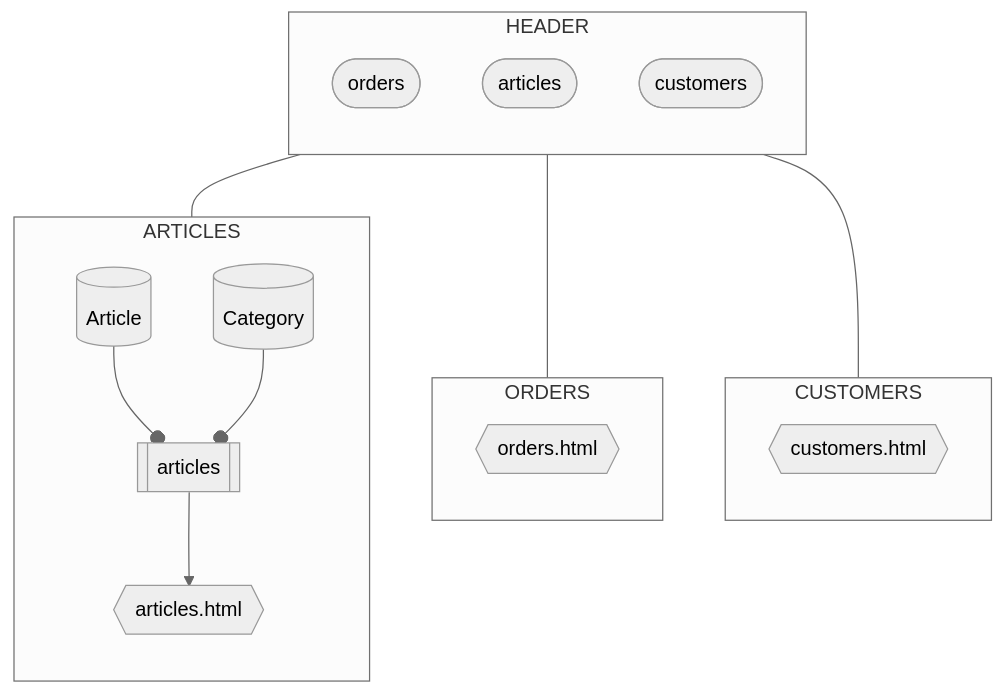
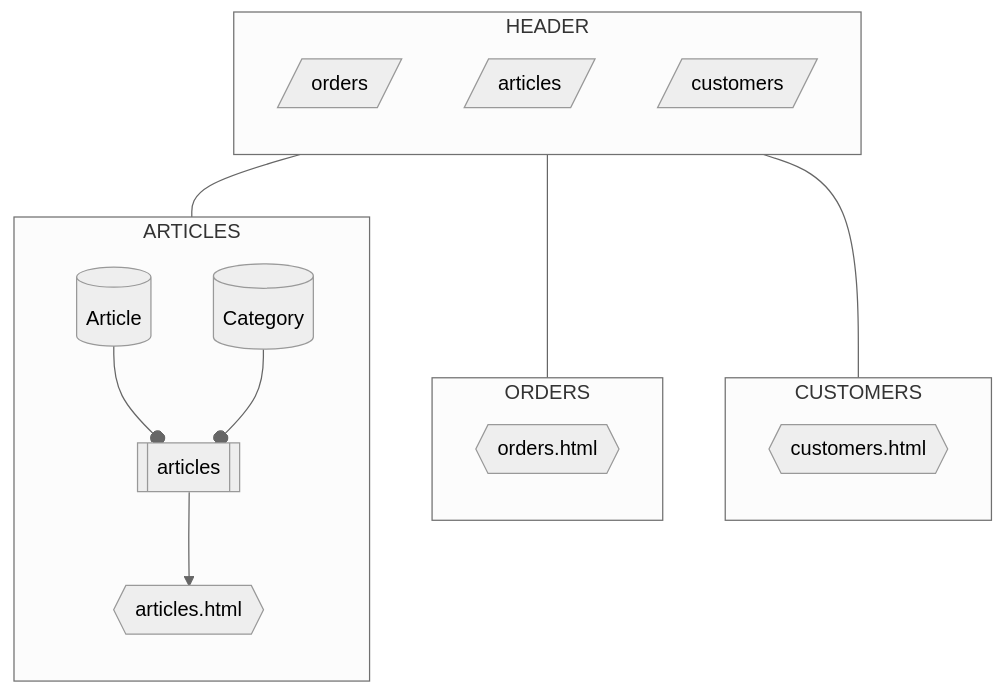
One commit to DarthKenar/ElCanarioRegionales changed the diagram in DOCUMENTATION/Diagrams/Header_diagram.mmd. Above: the diagram before and after it, drawn with Mermaid (neutral theme). The commit also changed other lines of this file and 1 other file, not shown here.

Commit message:
📖 DOC: Added diagrams
On branch reestructure
Changes to be committed:
	modified:   DOCUMENTATION/Diagrams/Header_diagram.mmd
	new file:   DOCUMENTATION/Diagrams/articles_diagram.mmd

```diff
--- a/DOCUMENTATION/Diagrams/Header_diagram.mmd
+++ b/DOCUMENTATION/Diagrams/Header_diagram.mmd
@@ -1,25 +1,26 @@
 flowchart TB
   subgraph HEADER
     direction TB
-    Obutton([orders])
-    Abutton([articles])
-    Cbutton([customers])
+    Obutton[/orders/]
+    Abutton[/articles/]
+    Cbutton[/customers/]
   end
   subgraph ORDERS
     direction TB
     Ohtml{{"orders.html"}}
   end
   subgraph ARTICLES
     direction TB
     Adb[(Article)] --o A[[articles]]
     Cdb[(Category)] --o A
     Ahtml{{"articles.html"}}
     A --> Ahtml
+    
   end
   subgraph CUSTOMERS
     direction TB
     Chtml{{"customers.html"}}
   end
   Abutton --- ARTICLES
   Obutton --- ORDERS
   Cbutton --- CUSTOMERS
```
